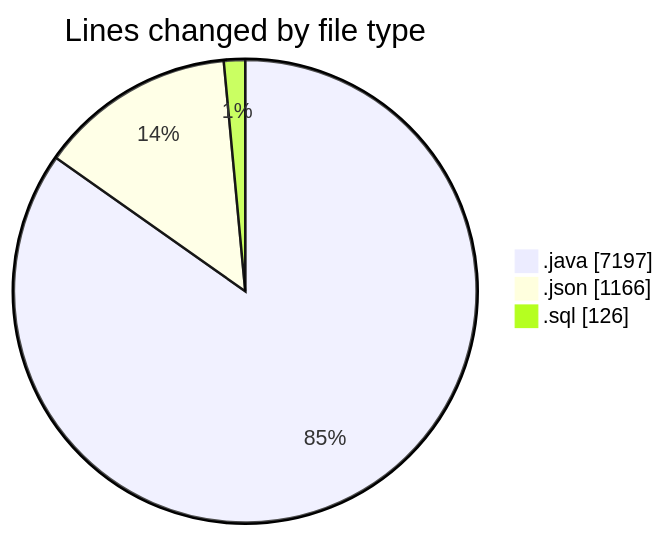
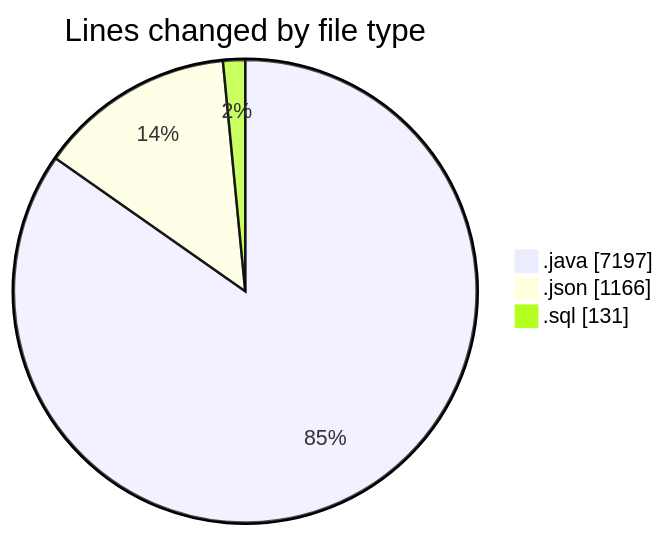
The first of 2 diagrams in 2026-06-10/cilapp/README.md (ricardozamudiocil/code-tracking), drawn with Mermaid before and after one commit. The commit also changed other lines of this file and 1 other file, not shown here.

````diff
--- a/2026-06-10/cilapp/README.md
+++ b/2026-06-10/cilapp/README.md
@@ -23,7 +23,7 @@
 ```mermaid
 pie showData
 title Lines changed by file type
 ".java" : 7197
 ".json" : 1166
-".sql" : 126
+".sql" : 131
 ```
````
